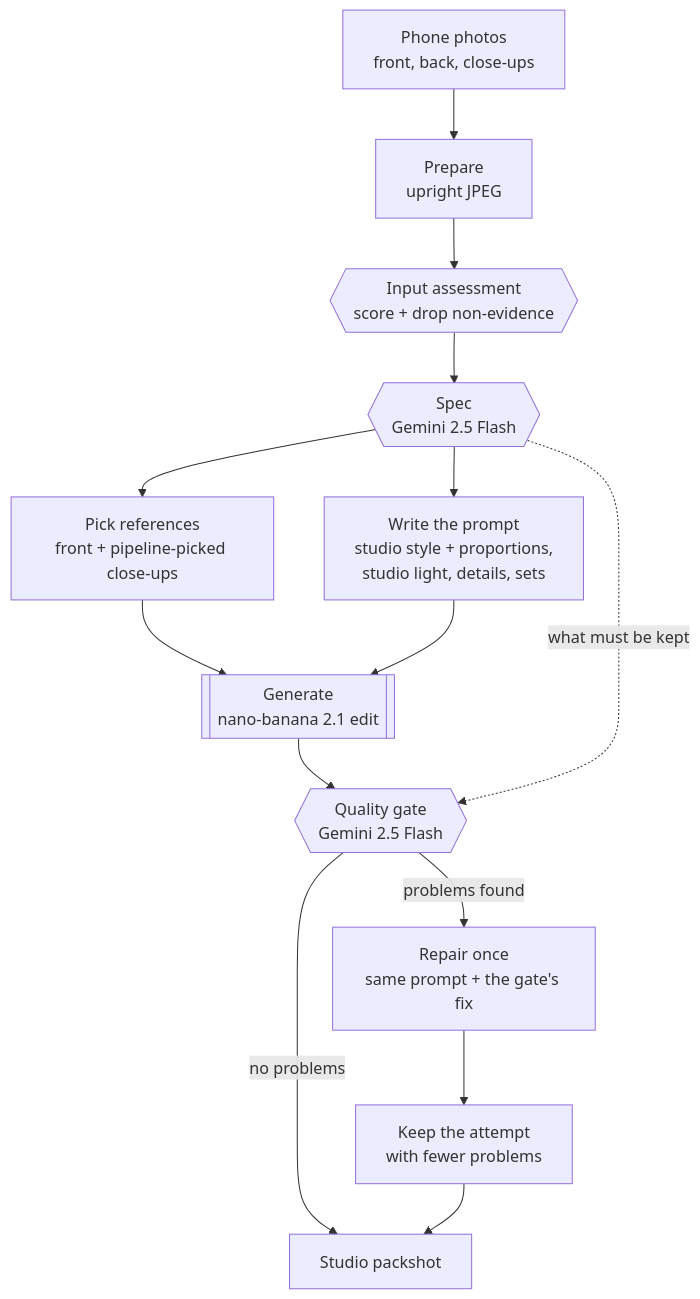
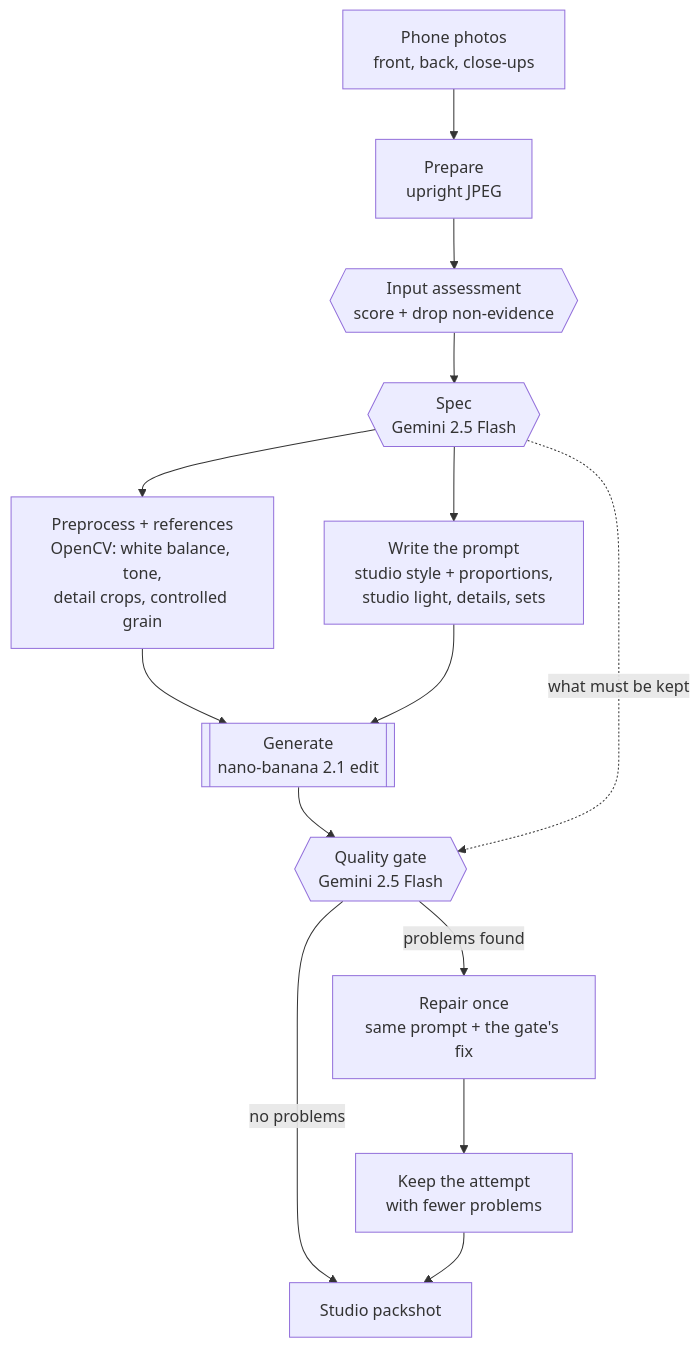
The first of 3 diagrams in README.md (neural-wave/ch-D3A24), drawn with Mermaid before and after one commit. The commit also changed other lines of this file and 6 other files, not shown here.

````diff
--- a/README.md
+++ b/README.md
@@ -24,16 +24,16 @@
 ```mermaid
 flowchart TD
     A["Phone photos<br/>front, back, close-ups"] --> B["Prepare<br/>upright JPEG"]
     B --> S{{"Input assessment<br/>score + drop non-evidence"}}
     S --> C{{"Spec<br/>Gemini 2.5 Flash"}}
-    C --> D["Pick references<br/>front + pipeline-picked close-ups"]
+    C --> D["Preprocess + references<br/>OpenCV: white balance, tone,<br/>detail crops, controlled grain"]
     C --> E["Write the prompt<br/>studio style + proportions,<br/>studio light, details, sets"]
     D --> F[["Generate<br/>nano-banana 2.1 edit"]]
     E --> F
     F --> G{{"Quality gate<br/>Gemini 2.5 Flash"}}
     C -.->|what must be kept| G
     G -->|no problems| H["Studio packshot"]
     G -->|problems found| R["Repair once<br/>same prompt + the gate's fix"]
     R --> K["Keep the attempt<br/>with fewer problems"]
     K --> H
 ```
````
